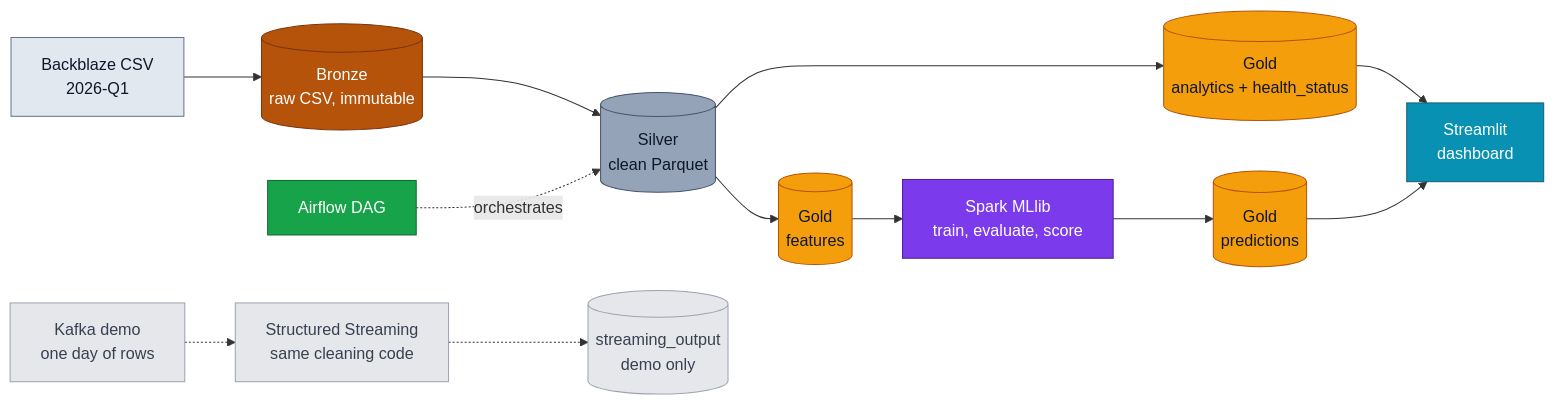
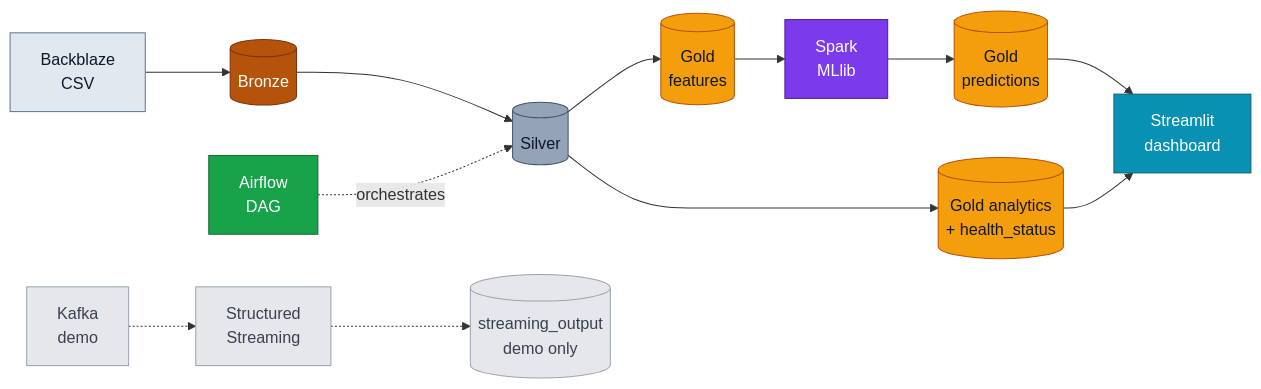
Before and after one commit to ReubenKhangNguyen/smart-drive-failure: the diagram in README.md, drawn with Mermaid. The commit also changed other lines of this file and 2 other files, not shown here.

Commit message:
docs(readme): flat badges on one row, simpler architecture diagram; use the standard MIT text so GitHub detects the license

````diff
--- a/README.md
+++ b/README.md
@@ -75,21 +75,16 @@
 ```mermaid
 flowchart LR
-    SRC["Backblaze CSV<br/>2026-Q1"]:::src --> BR[("Bronze<br/>raw CSV, immutable")]:::bronze
-    BR --> SI[("Silver<br/>clean Parquet")]:::silver
-    SI --> GF[("Gold<br/>features")]:::gold
-    SI --> GA[("Gold<br/>analytics + health_status")]:::gold
-    GF --> ML["Spark MLlib<br/>train, evaluate, score"]:::ml
-    ML --> GP[("Gold<br/>predictions")]:::gold
-    GA --> UI["Streamlit<br/>dashboard"]:::ui
-    GP --> UI
-    KF["Kafka demo<br/>one day of rows"]:::demo -.-> SS["Structured Streaming<br/>same cleaning code"]:::demo -.-> OUT[("streaming_output<br/>demo only")]:::demo
-    AF["Airflow DAG"]:::orch -.->|orchestrates| SI
+    SRC["Backblaze<br/>CSV"]:::src --> BR[("Bronze")]:::bronze --> SI[("Silver")]:::silver
+    SI --> GF[("Gold<br/>features")]:::gold --> ML["Spark<br/>MLlib"]:::ml --> GP[("Gold<br/>predictions")]:::gold --> UI["Streamlit<br/>dashboard"]:::ui
+    SI --> GA[("Gold analytics<br/>+ health_status")]:::gold --> UI
+    KF["Kafka<br/>demo"]:::demo -.-> SS["Structured<br/>Streaming"]:::demo -.-> OUT[("streaming_output<br/>demo only")]:::demo
+    AF["Airflow<br/>DAG"]:::orch -.->|orchestrates| SI
     classDef src fill:#e2e8f0,stroke:#64748b,color:#0f172a
     classDef bronze fill:#b45309,stroke:#78350f,color:#ffffff
     classDef silver fill:#94a3b8,stroke:#475569,color:#0f172a
     classDef gold fill:#f59e0b,stroke:#b45309,color:#0f172a
     classDef ml fill:#7c3aed,stroke:#4c1d95,color:#ffffff
     classDef ui fill:#0891b2,stroke:#155e75,color:#ffffff
     classDef demo fill:#e5e7eb,stroke:#9ca3af,color:#374151
     classDef orch fill:#16a34a,stroke:#166534,color:#ffffff
 ```
````
